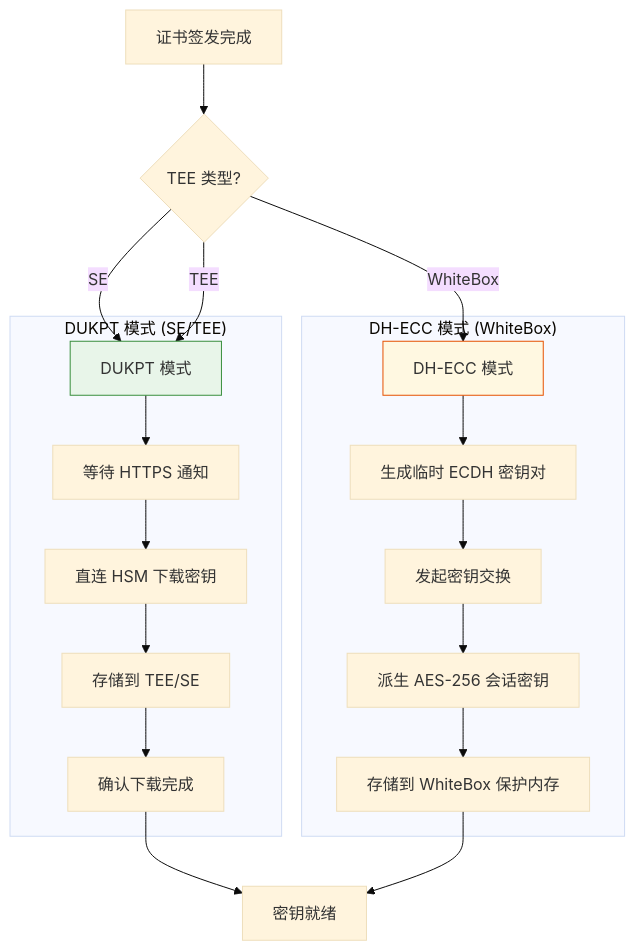
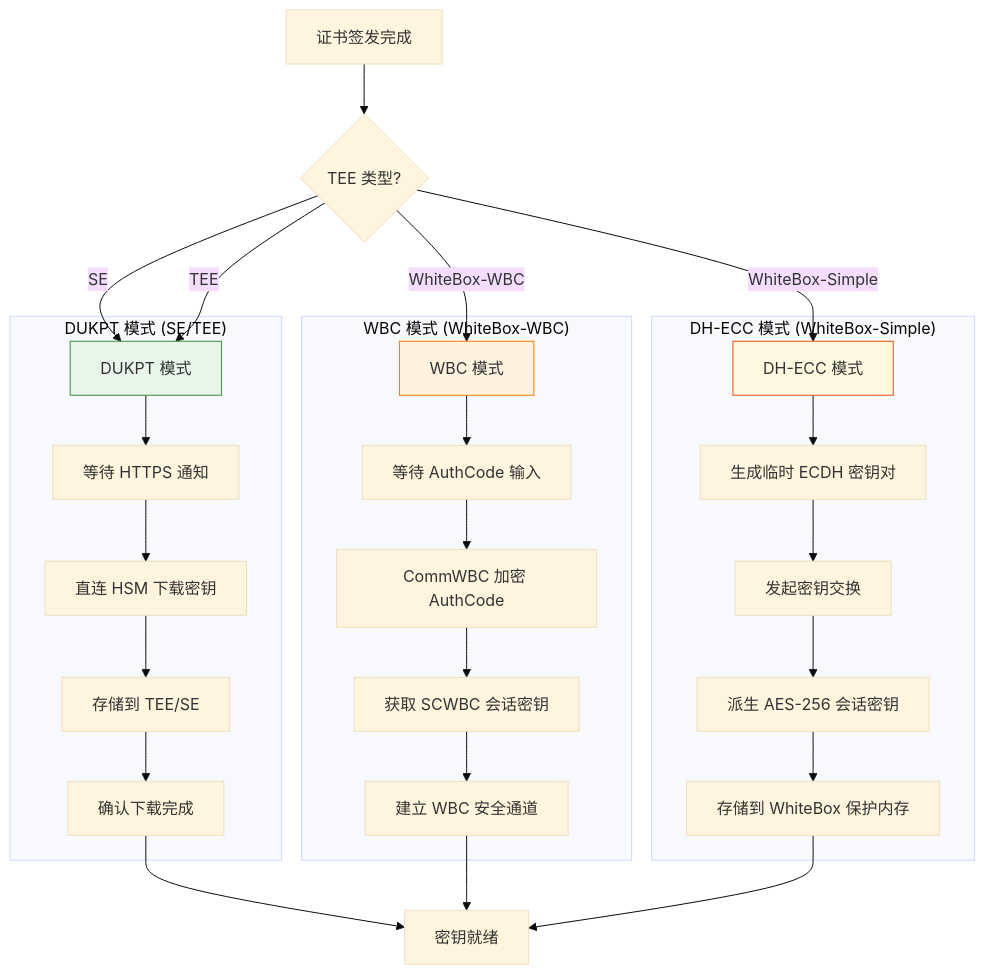
Before and after one commit to kevinwangl/sunbay-softpos-docs: the eighth of 22 diagrams in solution/MPOC_SDK_API_GUIDE.md, drawn with Mermaid (base theme). The commit also changed other lines of this file, not shown here.

````diff
--- a/solution/MPOC_SDK_API_GUIDE.md
+++ b/solution/MPOC_SDK_API_GUIDE.md
@@ -642,28 +777,38 @@
 ```mermaid
 flowchart TB
     A[证书签发完成] --> B{TEE 类型?}
     
     B -->|SE| C[DUKPT 模式]
     B -->|TEE| C
-    B -->|WhiteBox| D[DH-ECC 模式]
+    B -->|WhiteBox-WBC| D[WBC 模式]
+    B -->|WhiteBox-Simple| E[DH-ECC 模式]
     
     subgraph "DUKPT 模式 (SE/TEE)"
         C --> C1[等待 HTTPS 通知]
         C1 --> C2[直连 HSM 下载密钥]
         C2 --> C3[存储到 TEE/SE]
         C3 --> C4[确认下载完成]
     end
     
-    subgraph "DH-ECC 模式 (WhiteBox)"
-        D --> D1[生成临时 ECDH 密钥对]
-        D1 --> D2[发起密钥交换]
-        D2 --> D3[派生 AES-256 会话密钥]
-        D3 --> D4[存储到 WhiteBox 保护内存]
+    subgraph "WBC 模式 (WhiteBox-WBC)"
+        D --> D1[等待 AuthCode 输入]
+        D1 --> D2[CommWBC 加密 AuthCode]
+        D2 --> D3[获取 SCWBC 会话密钥]
+        D3 --> D4[建立 WBC 安全通道]
     end
     
-    C4 --> E[密钥就绪]
-    D4 --> E
+    subgraph "DH-ECC 模式 (WhiteBox-Simple)"
+        E --> E1[生成临时 ECDH 密钥对]
+        E1 --> E2[发起密钥交换]
+        E2 --> E3[派生 AES-256 会话密钥]
+        E3 --> E4[存储到 WhiteBox 保护内存]
+    end
+    
+    C4 --> F[密钥就绪]
+    D4 --> F
+    E4 --> F
     
     style C fill:#e8f5e9,stroke:#388e3c
-    style D fill:#fff8e1,stroke:#e65100
+    style D fill:#fff3e0,stroke:#f57c00
+    style E fill:#fff8e1,stroke:#e65100
 ```
````
